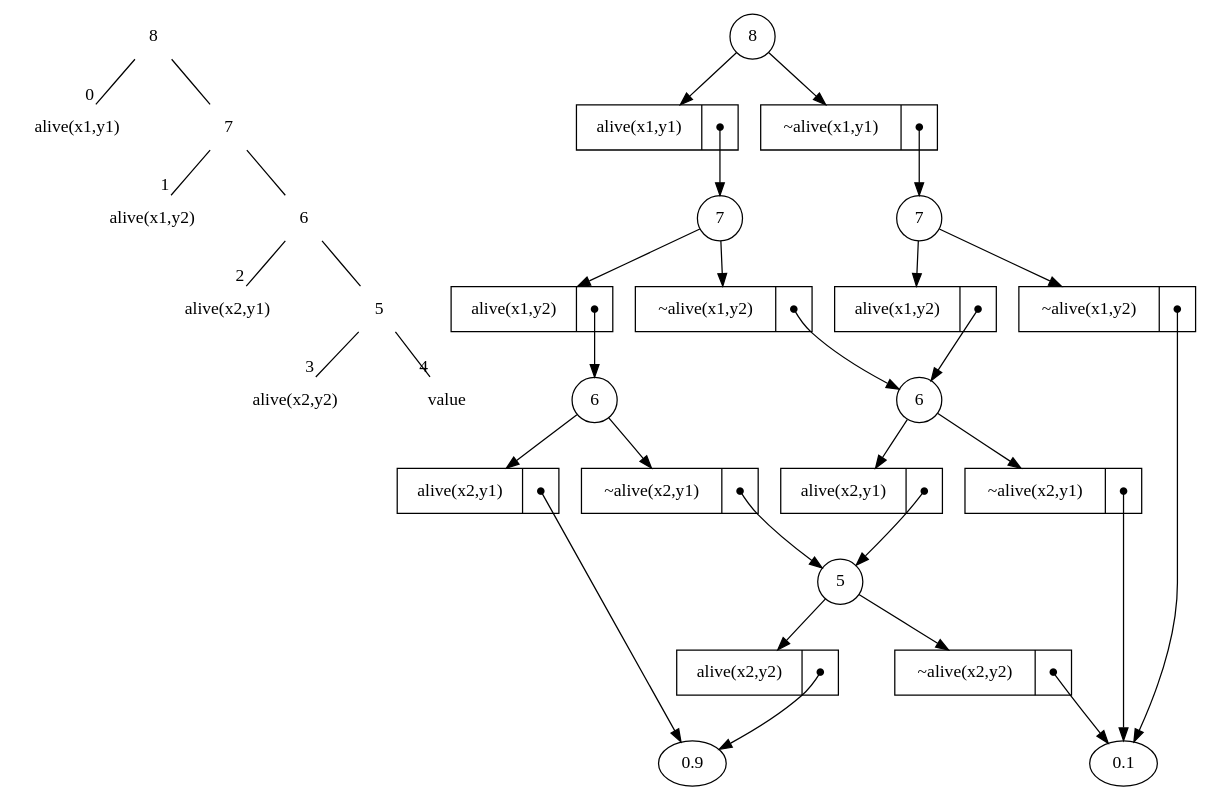
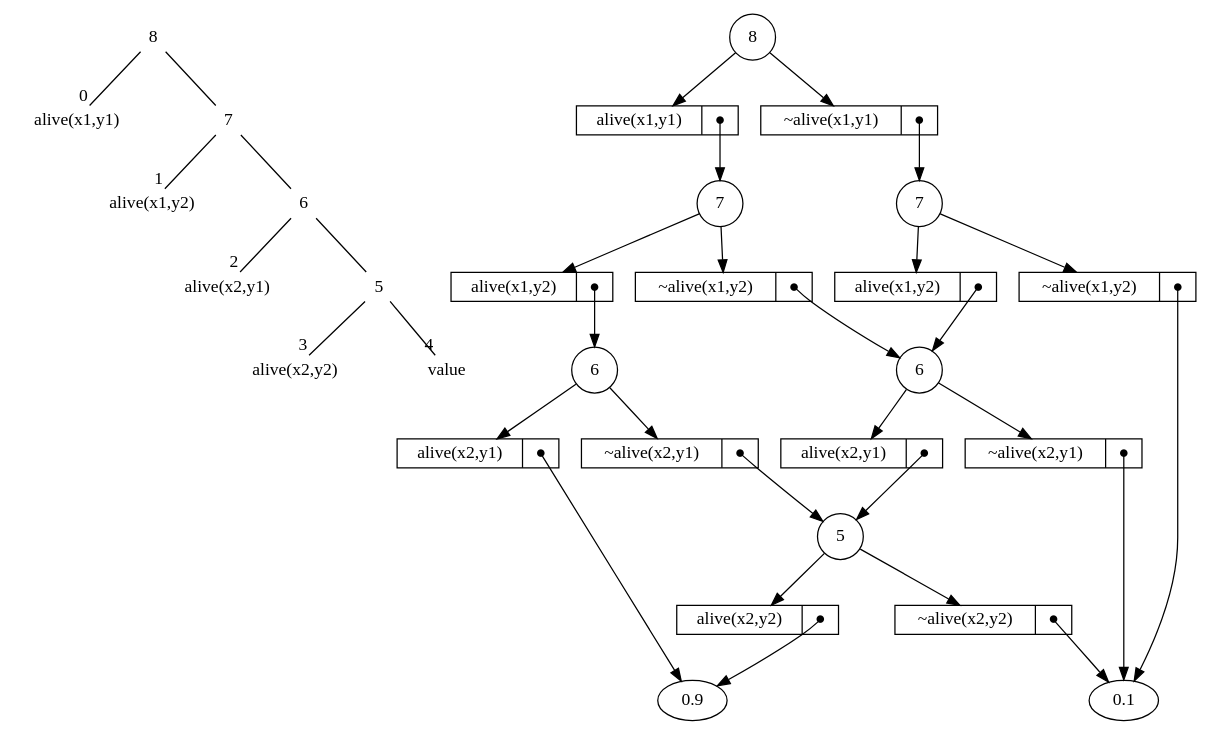
The diagram in doc/asdd_life.gv (herrmann/jasdd), drawn with Graphviz before and after one commit.

Commit message:
Smaller node height

```diff
--- a/doc/asdd_life.gv
+++ b/doc/asdd_life.gv
@@ -1,83 +1,84 @@
 digraph sdd {
   graph [ordering="out"]
+  node [height=0.3]
   v5 [shape=none,label="5"]
   v3 [shape=none,label="alive(x2,y2)"]
   v5 -> v3 [arrowhead=none,headlabel=3]
   v4 [shape=none,label="value"]
   v5 -> v4 [arrowhead=none,headlabel=4]
   v3_4 [label="",width=.1,style=invis]
   v3 -> v3_4 [style=invis]
   {rank=same v3 -> v3_4 -> v4 [style=invis]}
   v6 [shape=none,label="6"]
   v2 [shape=none,label="alive(x2,y1)"]
   v6 -> v2 [arrowhead=none,headlabel=2]
   v6 -> v5 [arrowhead=none]
   v2_5 [label="",width=.1,style=invis]
   v2 -> v2_5 [style=invis]
   {rank=same v2 -> v2_5 -> v5 [style=invis]}
   v7 [shape=none,label="7"]
   v1 [shape=none,label="alive(x1,y2)"]
   v7 -> v1 [arrowhead=none,headlabel=1]
   v7 -> v6 [arrowhead=none]
   v1_6 [label="",width=.1,style=invis]
   v1 -> v1_6 [style=invis]
   {rank=same v1 -> v1_6 -> v6 [style=invis]}
   v8 [shape=none,label="8"]
   v0 [shape=none,label="alive(x1,y1)"]
   v8 -> v0 [arrowhead=none,headlabel=0]
   v8 -> v7 [arrowhead=none]
   v0_7 [label="",width=.1,style=invis]
   v0 -> v0_7 [style=invis]
   {rank=same v0 -> v0_7 -> v7 [style=invis]}
   d0 [shape=circle,label="8"]
   d1 [shape=circle,label="7"]
   d2 [shape=circle,label="6"]
   e4 [shape=record,label="<f0> alive(x2,y1)|<f1> ●"]
   d2 -> e4
   d4 [shape=circle,label="5"]
   e6 [shape=record,label="<f0> alive(x2,y2)|<f1> ●"]
   d4 -> e6
   e7 [shape=record,label="<f0> ~alive(x2,y2)|<f1> ●"]
   d4 -> e7
   { rank=same; e6; e7; }
   e8 [shape=record,label="<f0> ~alive(x2,y1)|<f1> ●"]
   e8:f1:c -> d4 [tailclip=false]
   d2 -> e8
   { rank=same; e4; e8; }
   e9 [shape=record,label="<f0> alive(x1,y2)|<f1> ●"]
   e9:f1:c -> d2 [tailclip=false]
   d1 -> e9
   d9 [shape=circle,label="6"]
   e11 [shape=record,label="<f0> alive(x2,y1)|<f1> ●"]
   e11:f1:c -> d4 [tailclip=false]
   d9 -> e11
   e12 [shape=record,label="<f0> ~alive(x2,y1)|<f1> ●"]
   d9 -> e12
   { rank=same; e11; e12; }
   e13 [shape=record,label="<f0> ~alive(x1,y2)|<f1> ●"]
   e13:f1:c -> d9 [tailclip=false]
   d1 -> e13
   { rank=same; e9; e13; }
   e14 [shape=record,label="<f0> alive(x1,y1)|<f1> ●"]
   e14:f1:c -> d1 [tailclip=false]
   d0 -> e14
   d14 [shape=circle,label="7"]
   e16 [shape=record,label="<f0> alive(x1,y2)|<f1> ●"]
   e16:f1:c -> d9 [tailclip=false]
   d14 -> e16
   e17 [shape=record,label="<f0> ~alive(x1,y2)|<f1> ●"]
   d14 -> e17
   { rank=same; e16; e17; }
   e18 [shape=record,label="<f0> ~alive(x1,y1)|<f1> ●"]
   e18:f1:c -> d14 [tailclip=false]
   d0 -> e18
   { rank=same; e14; e18; }
   { rank=same; value1; value2; }
   value1 [label="0.1"]
   value2 [label="0.9"]
   e17:f1:c -> value1 [tailclip=false]
   e12:f1:c -> value1 [tailclip=false]
   e7:f1:c -> value1 [tailclip=false]
   e4:f1:c -> value2 [tailclip=false]
   e6:f1:c -> value2 [tailclip=false]
 }
```
